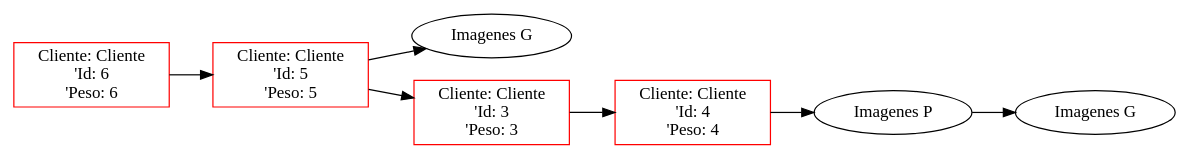
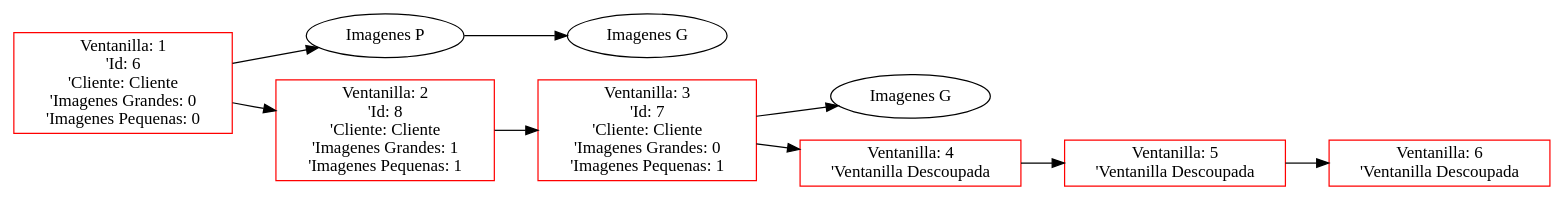
The diagram in Proyecto1/Proyecto1_202200089/Main/Ventanilla.dot (FranklinONP/EDD_PROYECTO_202200089), drawn with Graphviz before and after one commit. The commit also changed 11 other files, not shown here.

```diff
--- a/Proyecto1/Proyecto1_202200089/Main/Ventanilla.dot
+++ b/Proyecto1/Proyecto1_202200089/Main/Ventanilla.dot
@@ -1,16 +1,20 @@
  digraph G {
  rankdir=LR;
- node0 [label="Cliente: Cliente\n'Id: 6\n'Peso: 6", color="red", shape="rectangle"];
- node1 [label="Cliente: Cliente\n'Id: 5\n'Peso: 5", color="red", shape="rectangle"];
- element10 [label="Imagenes G", shape="ellipse"];
- node1 -> element10 [dir="forward"];
+ node0 [label="Ventanilla: 1\n'Id: 6\n'Cliente: Cliente\n'Imagenes Grandes: 0\n'Imagenes Pequenas: 0", color="red", shape="rectangle"];
+ element00 [label="Imagenes P", shape="ellipse"];
+ node0 -> element00 [dir="forward"];
+ element00 -> element01 [dir="forward"];
+ element01 [label="Imagenes G", shape="ellipse"];
+ node1 [label="Ventanilla: 2\n'Id: 8\n'Cliente: Cliente\n'Imagenes Grandes: 1\n'Imagenes Pequenas: 1", color="red", shape="rectangle"];
  node0 -> node1 [dir="forward"];
- node2 [label="Cliente: Cliente\n'Id: 3\n'Peso: 3", color="red", shape="rectangle"];
+ node2 [label="Ventanilla: 3\n'Id: 7\n'Cliente: Cliente\n'Imagenes Grandes: 0\n'Imagenes Pequenas: 1", color="red", shape="rectangle"];
+ element20 [label="Imagenes G", shape="ellipse"];
+ node2 -> element20 [dir="forward"];
  node1 -> node2 [dir="forward"];
- node3 [label="Cliente: Cliente\n'Id: 4\n'Peso: 4", color="red", shape="rectangle"];
- element30 [label="Imagenes P", shape="ellipse"];
- node3 -> element30 [dir="forward"];
- element30 -> element31 [dir="forward"];
- element31 [label="Imagenes G", shape="ellipse"];
+ node3 [label="Ventanilla: 4\n'Ventanilla Descoupada", color="red", shape="rectangle"];
  node2 -> node3 [dir="forward"];
+ node4 [label="Ventanilla: 5\n'Ventanilla Descoupada", color="red", shape="rectangle"];
+ node3 -> node4 [dir="forward"];
+ node5 [label="Ventanilla: 6\n'Ventanilla Descoupada", color="red", shape="rectangle"];
+ node4 -> node5 [dir="forward"];
  }
```
